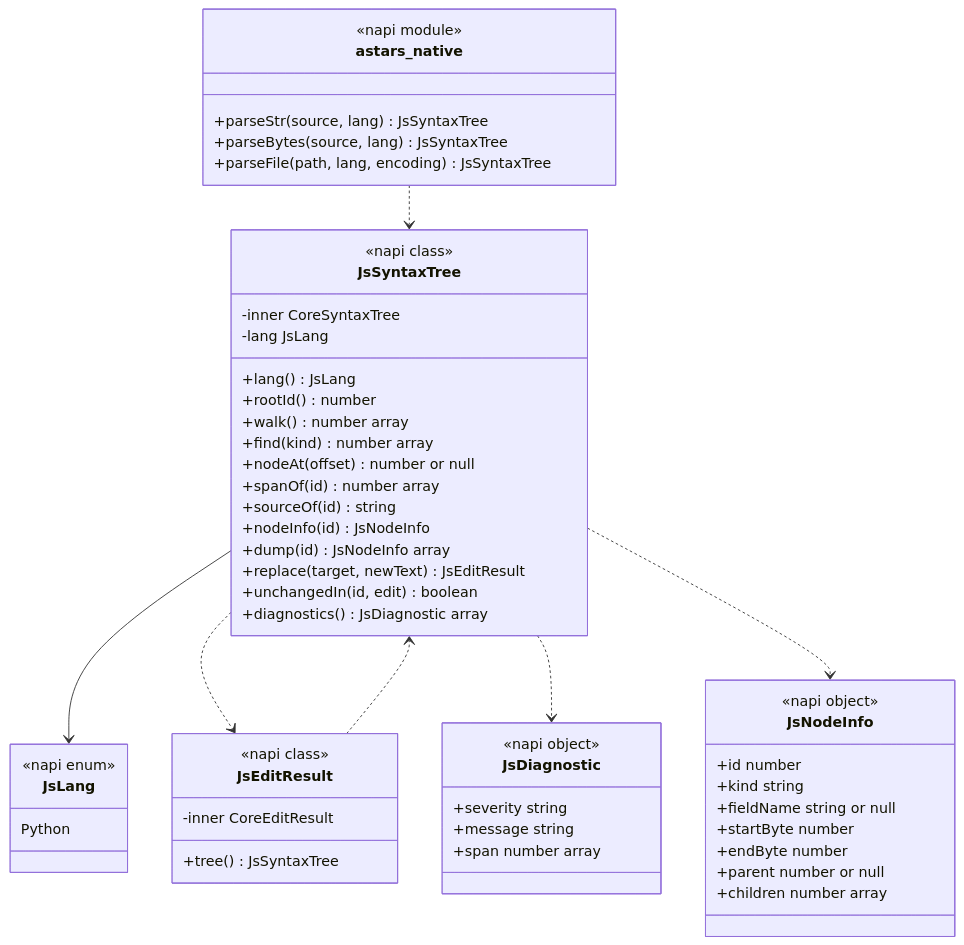
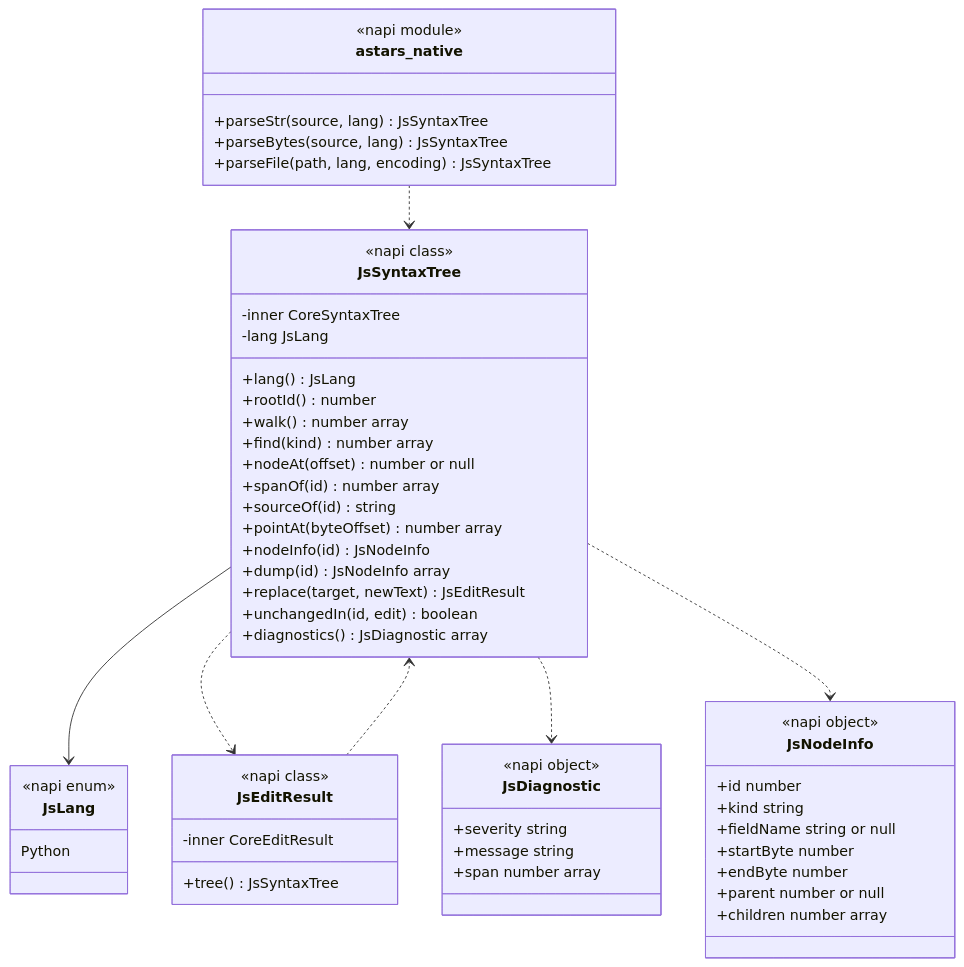
The third of 4 diagrams in docs/architecture/ARCHITECTURE.ja.md (xwasoux/astars), drawn with Mermaid before and after one commit. The commit also changed other lines of this file and 5 other files, not shown here.

````diff
--- a/docs/architecture/ARCHITECTURE.ja.md
+++ b/docs/architecture/ARCHITECTURE.ja.md
@@ -194,58 +203,59 @@
 ```mermaid
 classDiagram
     class JsLang {
         <<napi enum>>
         Python
     }
     class JsNodeInfo {
         <<napi object>>
         +id number
         +kind string
         +fieldName string or null
         +startByte number
         +endByte number
         +parent number or null
         +children number array
     }
     class JsDiagnostic {
         <<napi object>>
         +severity string
         +message string
         +span number array
     }
     class JsSyntaxTree {
         <<napi class>>
         -inner CoreSyntaxTree
         -lang JsLang
         +lang() JsLang
         +rootId() number
         +walk() number array
         +find(kind) number array
         +nodeAt(offset) number or null
         +spanOf(id) number array
         +sourceOf(id) string
+        +pointAt(byteOffset) number array
         +nodeInfo(id) JsNodeInfo
         +dump(id) JsNodeInfo array
         +replace(target, newText) JsEditResult
         +unchangedIn(id, edit) boolean
         +diagnostics() JsDiagnostic array
     }
     class JsEditResult {
         <<napi class>>
         -inner CoreEditResult
         +tree() JsSyntaxTree
     }
     class astars_native {
         <<napi module>>
         +parseStr(source, lang) JsSyntaxTree
         +parseBytes(source, lang) JsSyntaxTree
         +parseFile(path, lang, encoding) JsSyntaxTree
     }
 
     astars_native ..> JsSyntaxTree
     JsSyntaxTree --> JsLang
     JsSyntaxTree ..> JsEditResult
     JsEditResult ..> JsSyntaxTree
     JsSyntaxTree ..> JsDiagnostic
     JsSyntaxTree ..> JsNodeInfo
 ```
````
